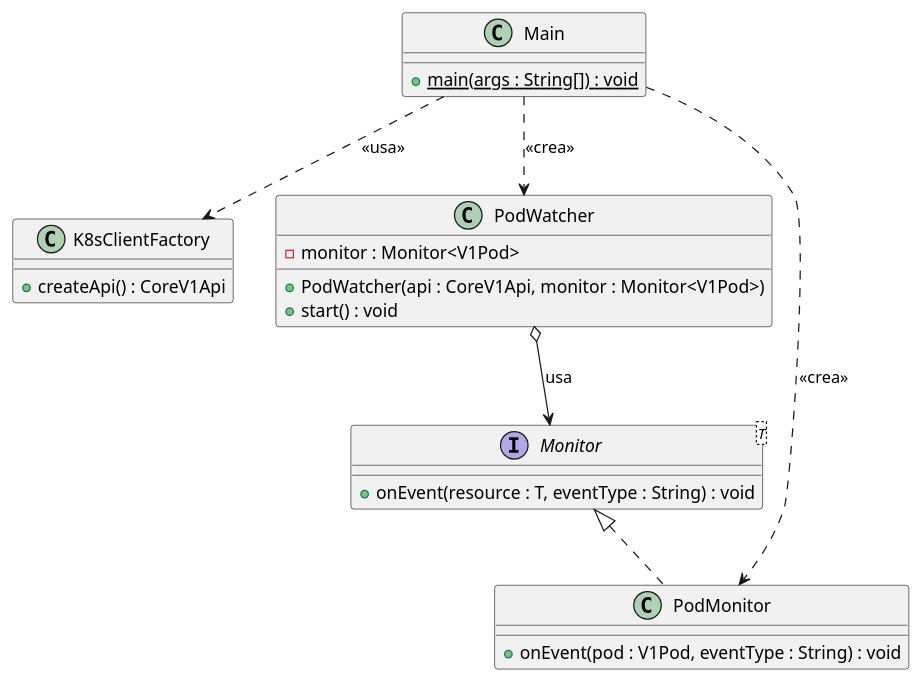
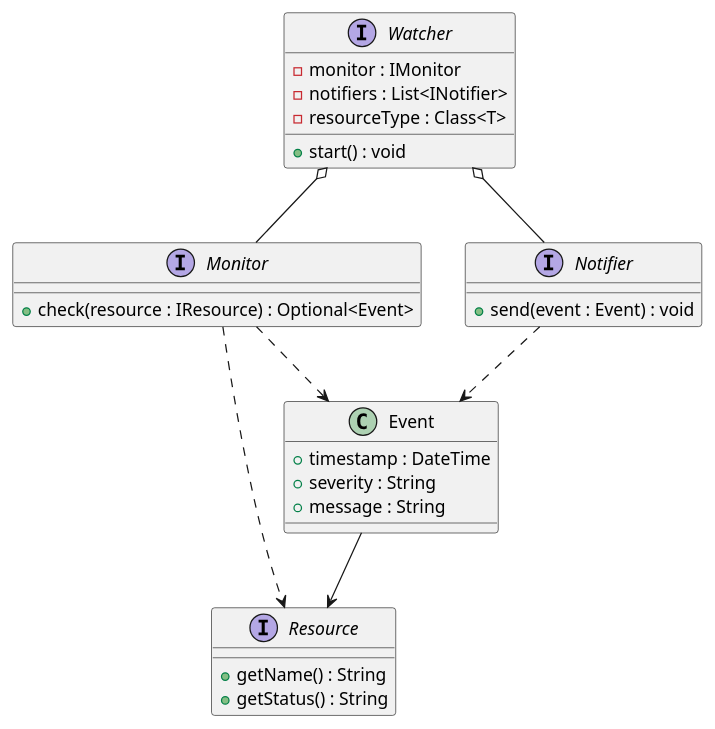
Before and after one commit to Carlos-Lima2510/Kintoh: the diagram in documents/vistaPública.puml, drawn with PlantUML. The commit also changed 1 other file, not shown here.

Commit message:
refactor: update UML diagram to reflect new interface structure and relationships

```diff
--- a/documents/vistaPública.puml
+++ b/documents/vistaPública.puml
@@ -1,34 +1,37 @@
 @startuml
 
-class Main {
-    + {static} main(args : String[]) : void
-}
-
-class K8sClientFactory {
-    + createApi() : CoreV1Api
-}
-
-interface "Monitor<T>" as Monitor {
-    + onEvent(resource : T, eventType : String) : void
-}
-
-class PodWatcher {
-    - monitor : Monitor<V1Pod>
-    + PodWatcher(api : CoreV1Api, monitor : Monitor<V1Pod>)
+interface "Watcher" as IWatcher {
+    - monitor : IMonitor
+    - notifiers : List<INotifier>
+    - resourceType : Class<T>
     + start() : void
 }
 
-class PodMonitor {
-    + onEvent(pod : V1Pod, eventType : String) : void
+interface "Monitor" as IMonitor {
+    + check(resource : IResource) : Optional<Event>
 }
 
+interface "Resource" as IResource {
+    + getName() : String
+    + getStatus() : String
+}
 
-Main ..> K8sClientFactory : <<usa>>
-Main ..> PodWatcher : <<crea>>
-Main ..> PodMonitor : <<crea>>
+interface "Notifier" as INotifier {
+    + send(event : Event) : void
+}
 
-Monitor <|.. PodMonitor 
+class Event {
+    + timestamp : DateTime
+    + severity : String
+    + message : String
+}
 
-PodWatcher o--> Monitor : "usa"
+IWatcher o-- IMonitor
+IWatcher o-- INotifier
+
+IMonitor ..> IResource
+IMonitor ..> Event
+INotifier ..> Event
+Event --> IResource
 
 @enduml
```
